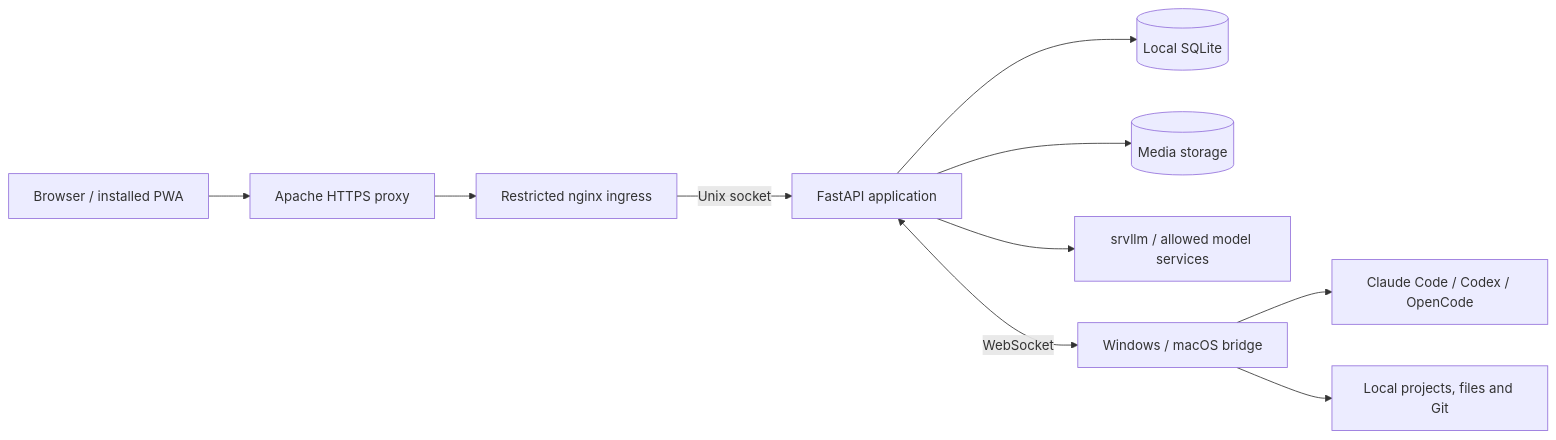
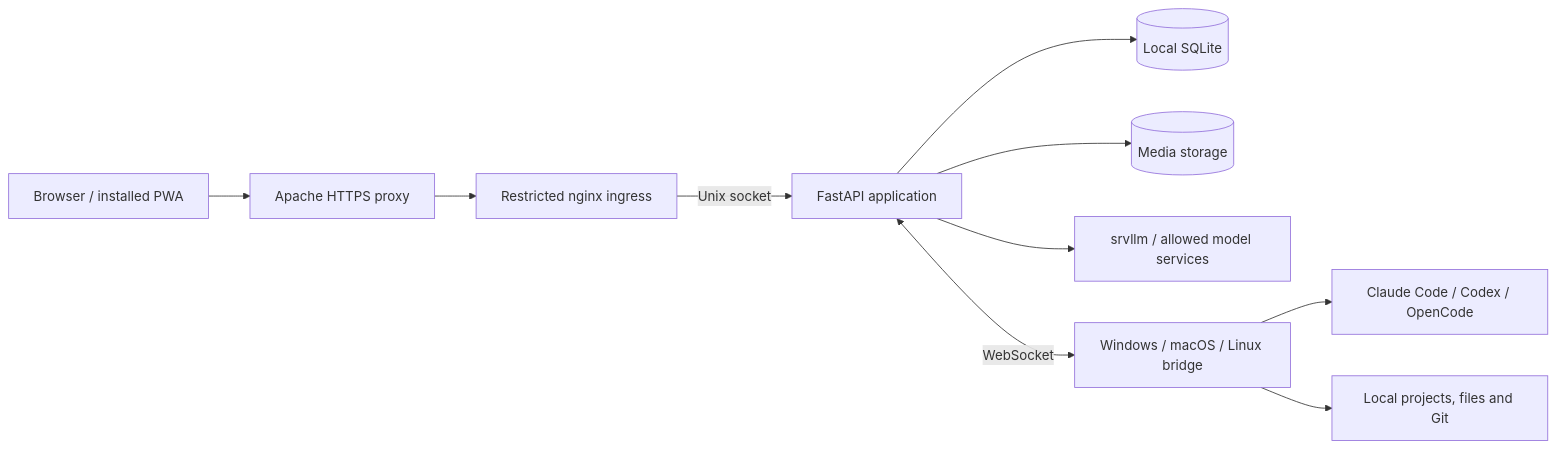
One commit to guru431/studio changed the diagram in README.md. Above: the diagram before and after it, drawn with Mermaid. The commit also changed other lines of this file and 78 other files, not shown here.

````diff
--- a/README.md
+++ b/README.md
@@ -218,12 +218,12 @@
 ```mermaid
 flowchart LR
     UI["Browser / installed PWA"] --> HTTPS["Apache HTTPS proxy"]
     HTTPS --> NGINX["Restricted nginx ingress"]
     NGINX -->|Unix socket| APP["FastAPI application"]
     APP --> DB[("Local SQLite")]
     APP --> MEDIA[("Media storage")]
     APP --> MODELS["srvllm / allowed model services"]
-    APP <-->|WebSocket| BRIDGE["Windows / macOS bridge"]
+    APP <-->|WebSocket| BRIDGE["Windows / macOS / Linux bridge"]
     BRIDGE --> CLI["Claude Code / Codex / OpenCode"]
     BRIDGE --> PROJECTS["Local projects, files and Git"]
 ```
````
